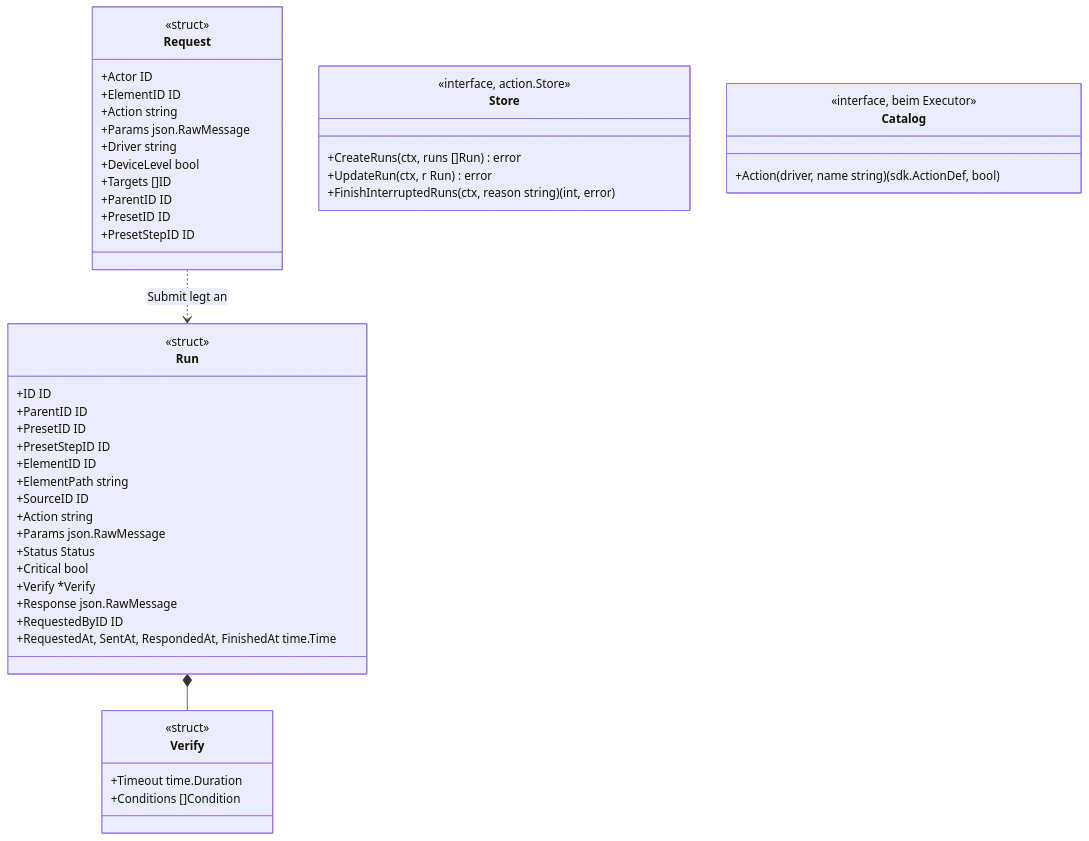
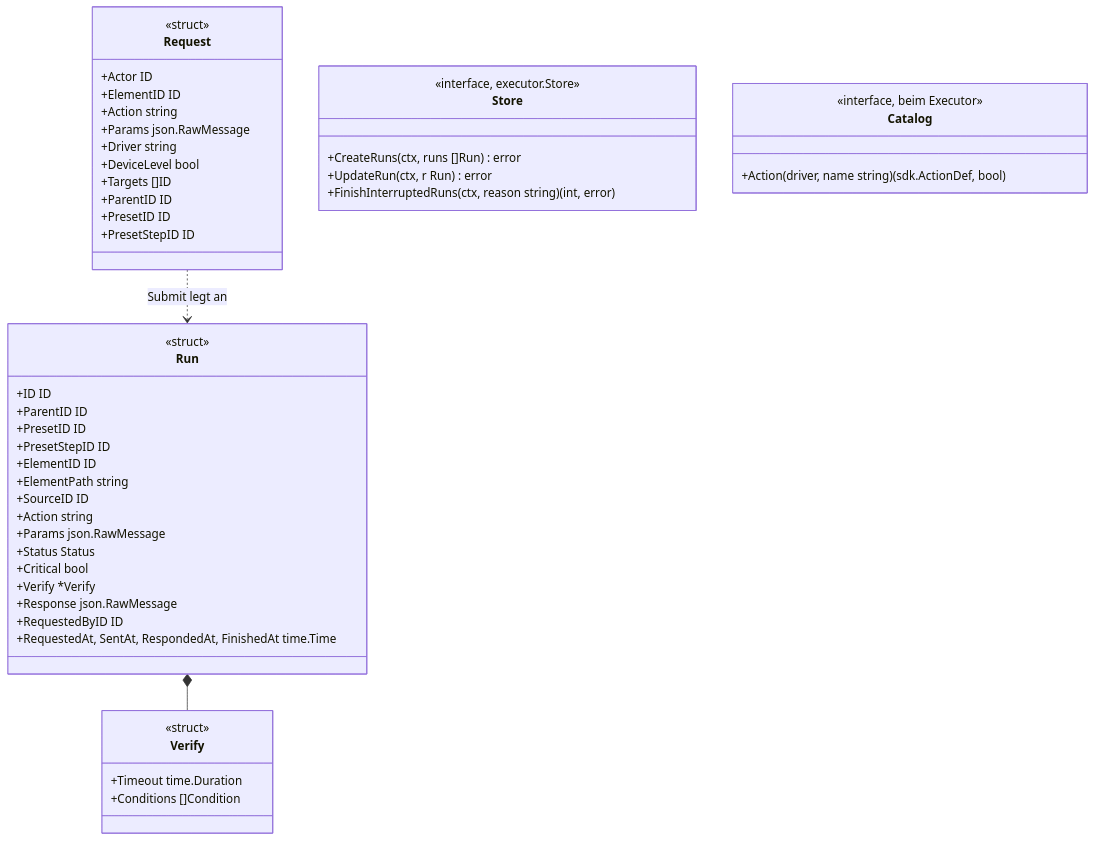
The third of 6 diagrams in docs/contracts/services.md (lukirs95/monika), drawn with Mermaid before and after one commit. The commit also changed other lines of this file and 10 other files, not shown here.

Commit message:
action/executor: plan runs

````diff
--- a/docs/contracts/services.md
+++ b/docs/contracts/services.md
@@ -98,51 +98,51 @@
 ```mermaid
 classDiagram
     class Request {
         <<struct>>
         +Actor ID
         +ElementID ID
         +Action string
         +Params json.RawMessage
         +Driver string
         +DeviceLevel bool
         +Targets []ID
         +ParentID ID
         +PresetID ID
         +PresetStepID ID
     }
     class Run {
         <<struct>>
         +ID ID
         +ParentID ID
         +PresetID ID
         +PresetStepID ID
         +ElementID ID
         +ElementPath string
         +SourceID ID
         +Action string
         +Params json.RawMessage
         +Status Status
         +Critical bool
         +Verify *Verify
         +Response json.RawMessage
         +RequestedByID ID
         +RequestedAt, SentAt, RespondedAt, FinishedAt time.Time
     }
     class Store {
-        <<interface, action.Store>>
+        <<interface, executor.Store>>
         +CreateRuns(ctx, runs []Run) error
         +UpdateRun(ctx, r Run) error
         +FinishInterruptedRuns(ctx, reason string) (int, error)
     }
     class Catalog {
         <<interface, beim Executor>>
         +Action(driver, name string) (sdk.ActionDef, bool)
     }
     class Verify {
         <<struct>>
         +Timeout time.Duration
         +Conditions []Condition
     }
     Run *-- Verify
     Request ..> Run : Submit legt an
 ```
````
